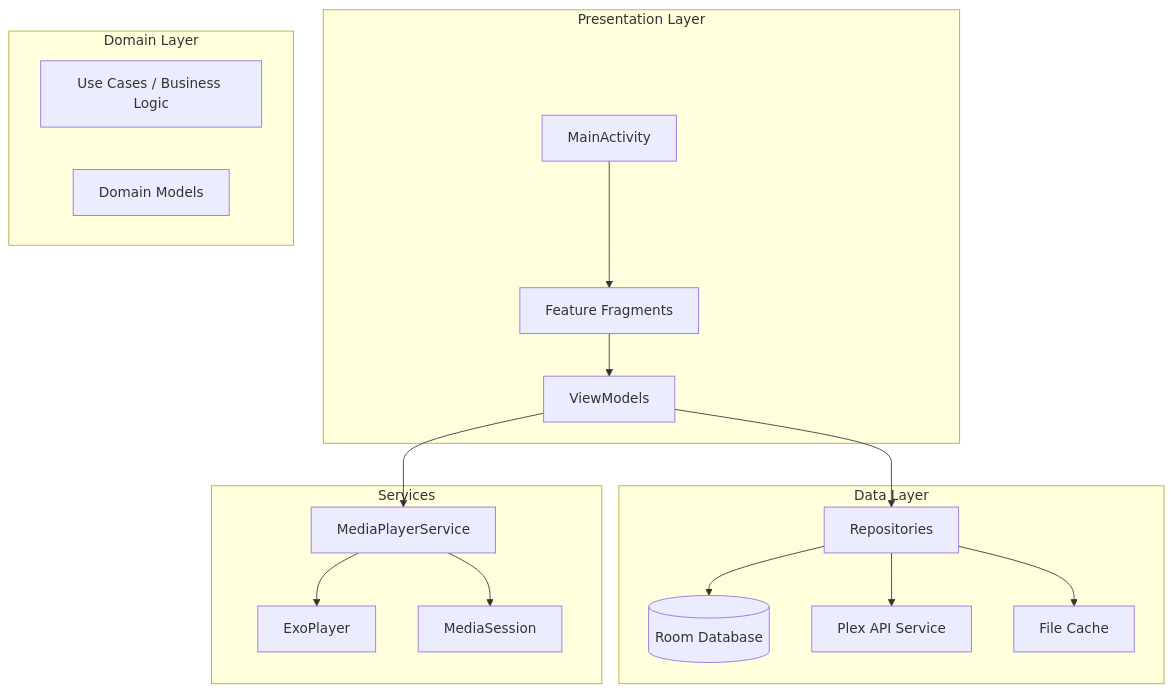
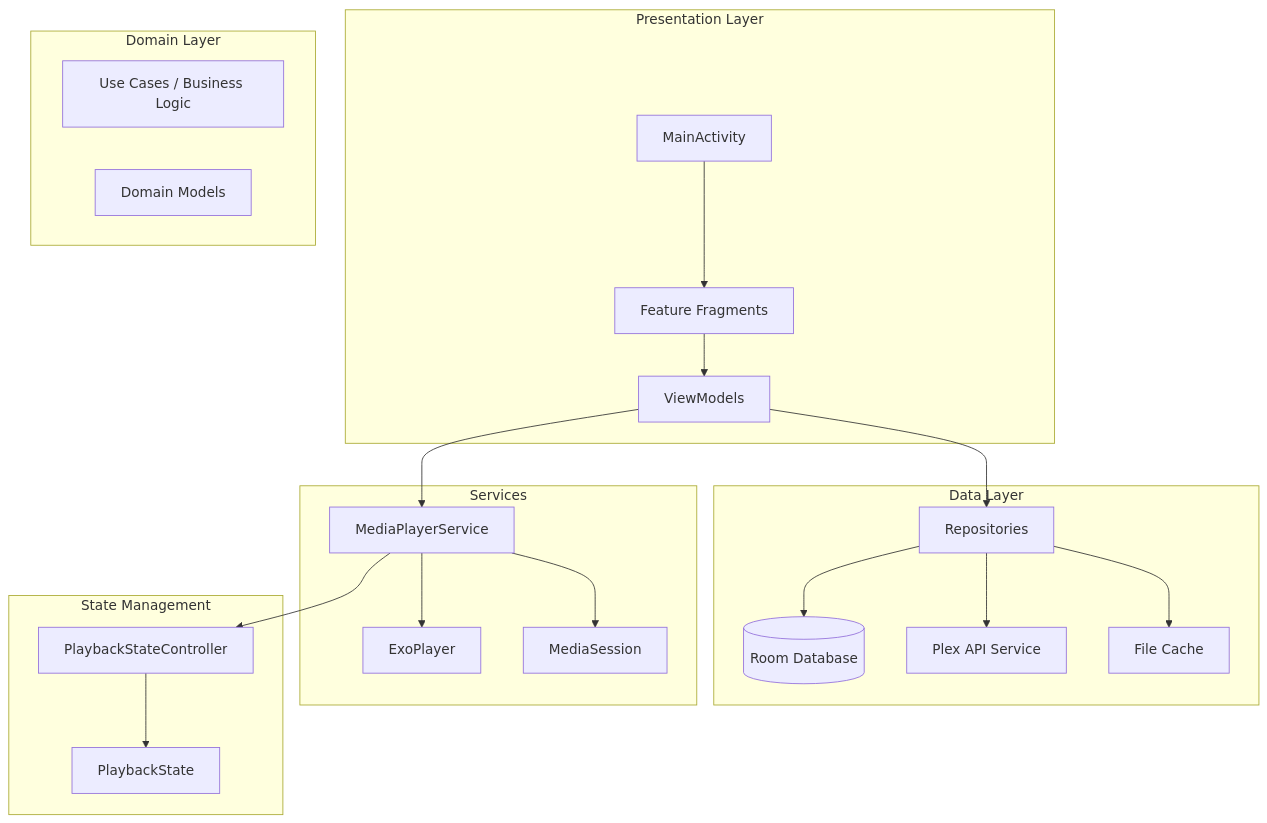
One commit to fabiogermann/chronicle changed the first of 2 diagrams in docs/ARCHITECTURE.md. Above: the diagram before and after it, drawn with Mermaid. The commit also changed other lines of this file and 5 other files, not shown here.

````diff
--- a/docs/ARCHITECTURE.md
+++ b/docs/ARCHITECTURE.md
@@ -24,36 +24,44 @@
 ```mermaid
 graph TB
     subgraph Presentation Layer
         MA[MainActivity]
         Fragments[Feature Fragments]
         VM[ViewModels]
     end
     
     subgraph Domain Layer
         UC[Use Cases / Business Logic]
         Models[Domain Models]
     end
     
     subgraph Data Layer
         Repo[Repositories]
         LocalDB[(Room Database)]
         RemoteAPI[Plex API Service]
         Cache[File Cache]
     end
     
     subgraph Services
         MPS[MediaPlayerService]
         ExoPlayer[ExoPlayer]
         MediaSession[MediaSession]
     end
     
     MA --> Fragments
     Fragments --> VM
     VM --> Repo
     Repo --> LocalDB
     Repo --> RemoteAPI
     Repo --> Cache
     VM --> MPS
     MPS --> ExoPlayer
     MPS --> MediaSession
+    
+    subgraph State Management
+        PSC[PlaybackStateController]
+        PS[PlaybackState]
+    end
+    
+    MPS --> PSC
+    PSC --> PS
 ```
````
